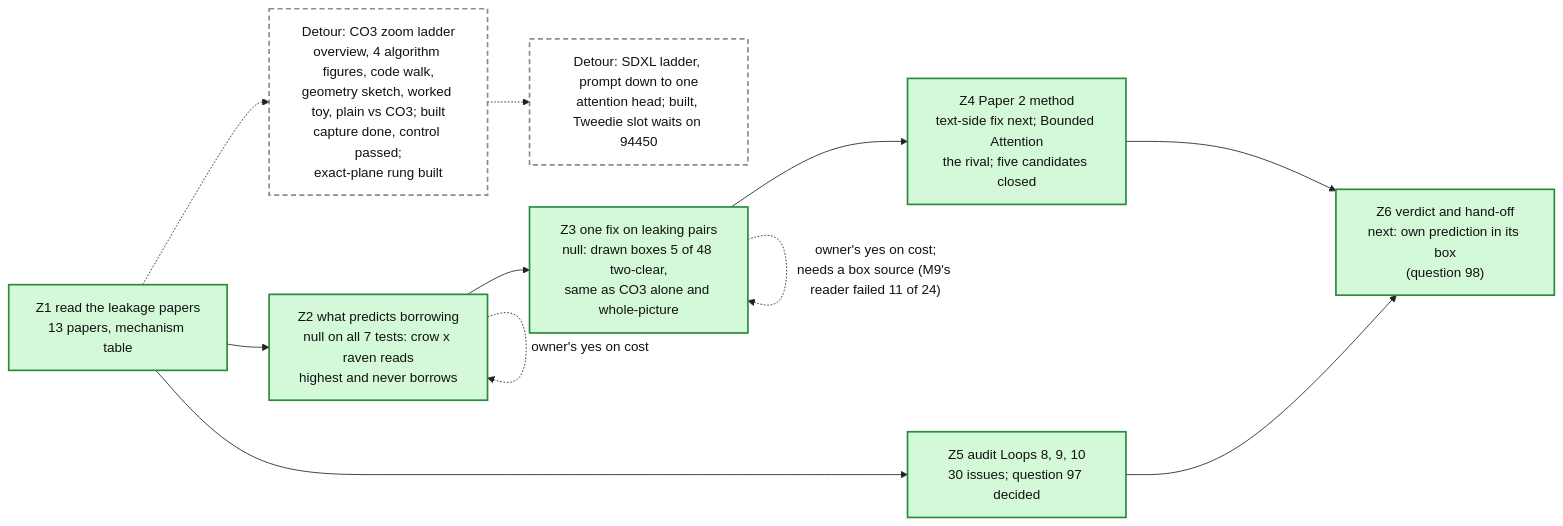
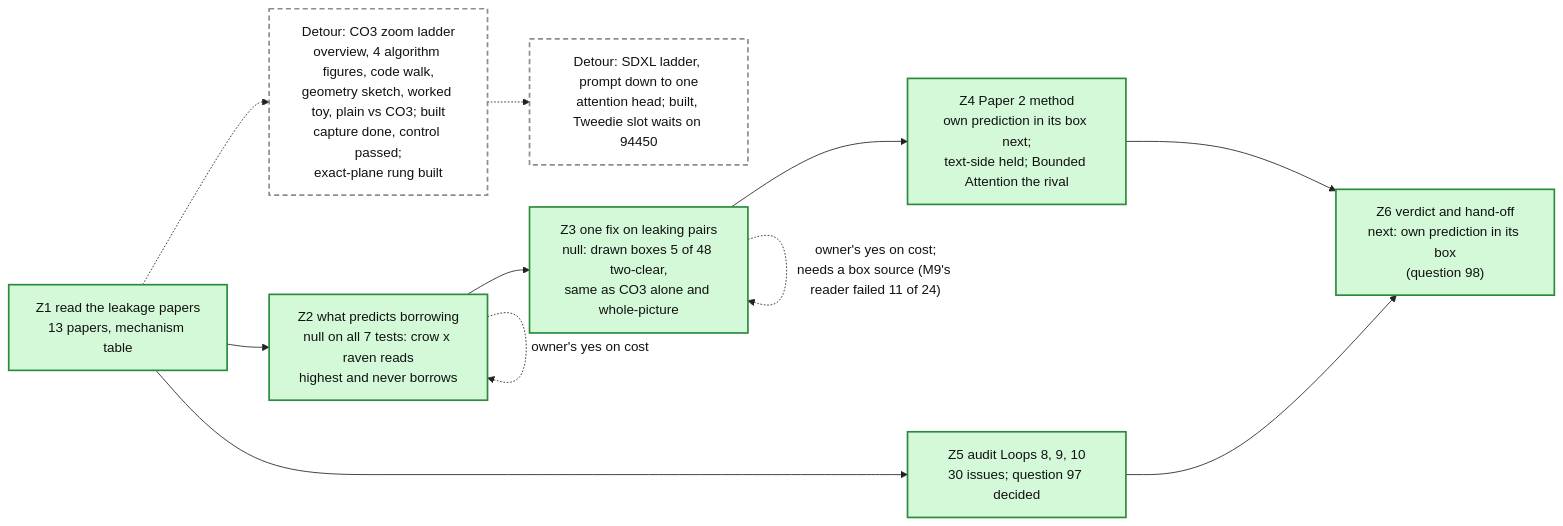
One commit to mo-rsa24/concept-composition changed the diagram in artifacts/notes/progress/leakage/loop-12-progress.mmd. Above: the diagram before and after it, drawn with Mermaid. The commit also changed 1 other file, not shown here.

Commit message:
Loop 12 map: Z4 box matches the method review

```diff
--- a/artifacts/notes/progress/leakage/loop-12-progress.mmd
+++ b/artifacts/notes/progress/leakage/loop-12-progress.mmd
@@ -1,20 +1,20 @@
 %%{init: {'theme': 'base', 'themeVariables': {'fontFamily': 'monospace', 'primaryColor': '#ffffff', 'primaryBorderColor': '#222222', 'primaryTextColor': '#111111', 'lineColor': '#222222'}}}%%
 flowchart LR
   Z1["Z1 read the leakage papers<br/>13 papers, mechanism table"]:::done
   Z2["Z2 what predicts borrowing<br/>null on all 7 tests: crow x raven reads<br/>highest and never borrows"]:::done
   Z3["Z3 one fix on leaking pairs<br/>null: drawn boxes 5 of 48 two-clear,<br/>same as CO3 alone and whole-picture"]:::done
-  Z4["Z4 Paper 2 method<br/>text-side fix next; Bounded Attention<br/>the rival; five candidates closed"]:::done
+  Z4["Z4 Paper 2 method<br/>own prediction in its box next;<br/>text-side held; Bounded Attention the rival"]:::done
   Z5["Z5 audit Loops 8, 9, 10<br/>30 issues; question 97 decided"]:::done
   Z6["Z6 verdict and hand-off<br/>next: own prediction in its box<br/>(question 98)"]:::done
   LAD["Detour: CO3 zoom ladder<br/>overview, 4 algorithm figures, code walk,<br/>geometry sketch, worked toy, plain vs CO3; built<br/>capture done, control passed;<br/>exact-plane rung built"]:::detour
   Z1 -.-> LAD
   SDX["Detour: SDXL ladder, prompt down to one<br/>attention head; built, Tweedie slot waits on 94450"]:::detour
   LAD -.-> SDX
   Z1 --> Z2 --> Z3 --> Z4 --> Z6
   Z1 --> Z5 --> Z6
   Z2 -. "owner's yes on cost" .-> Z2
   Z3 -. "owner's yes on cost;<br/>needs a box source (M9's reader failed 11 of 24)" .-> Z3
   classDef done fill:#d3f9d8,stroke:#2b8a3e,stroke-width:2px
   classDef doing fill:#ffe8cc,stroke:#e8590c,stroke-width:2px
   classDef detour fill:#ffffff,stroke:#868e96,stroke-width:2px,stroke-dasharray: 6 4
   classDef todo fill:#f1f3f5,stroke:#868e96,stroke-width:2px
```
